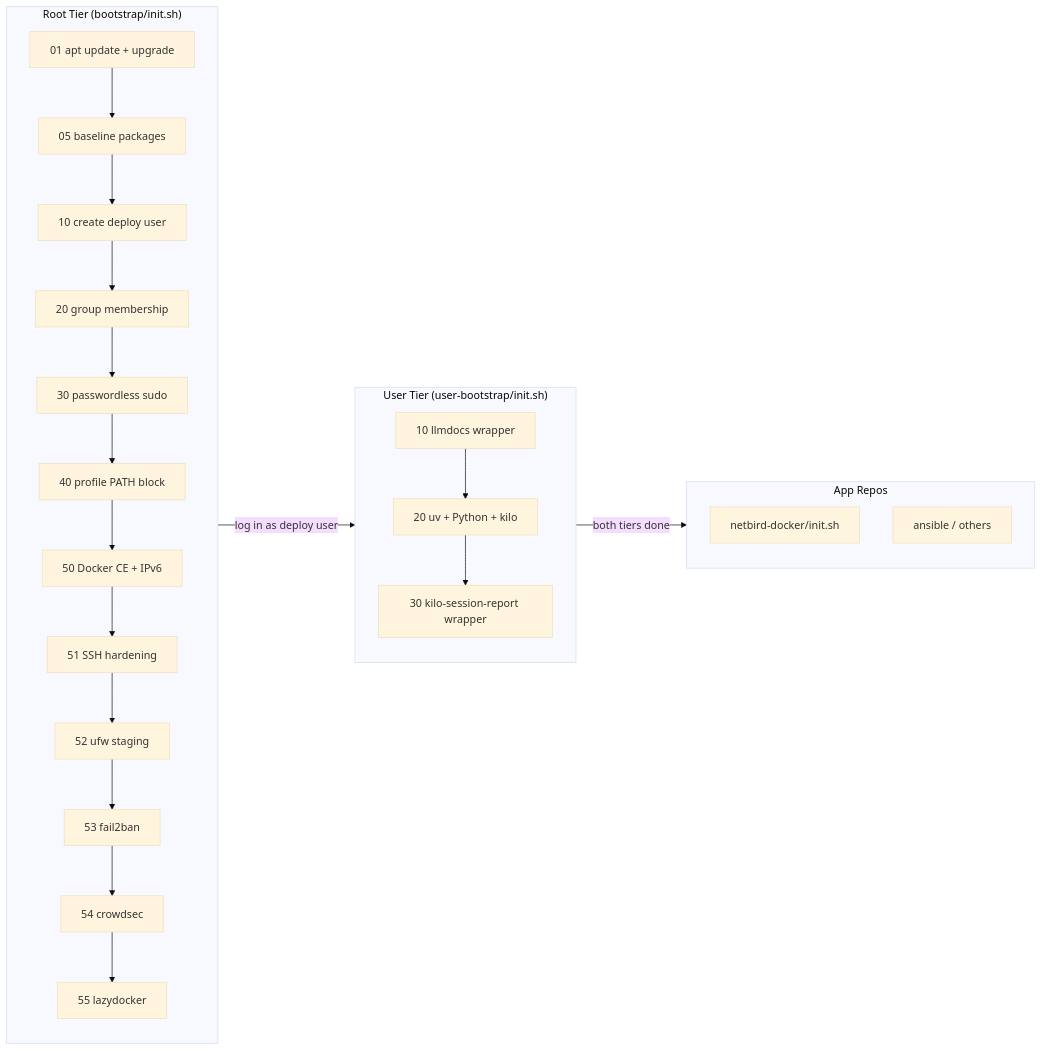
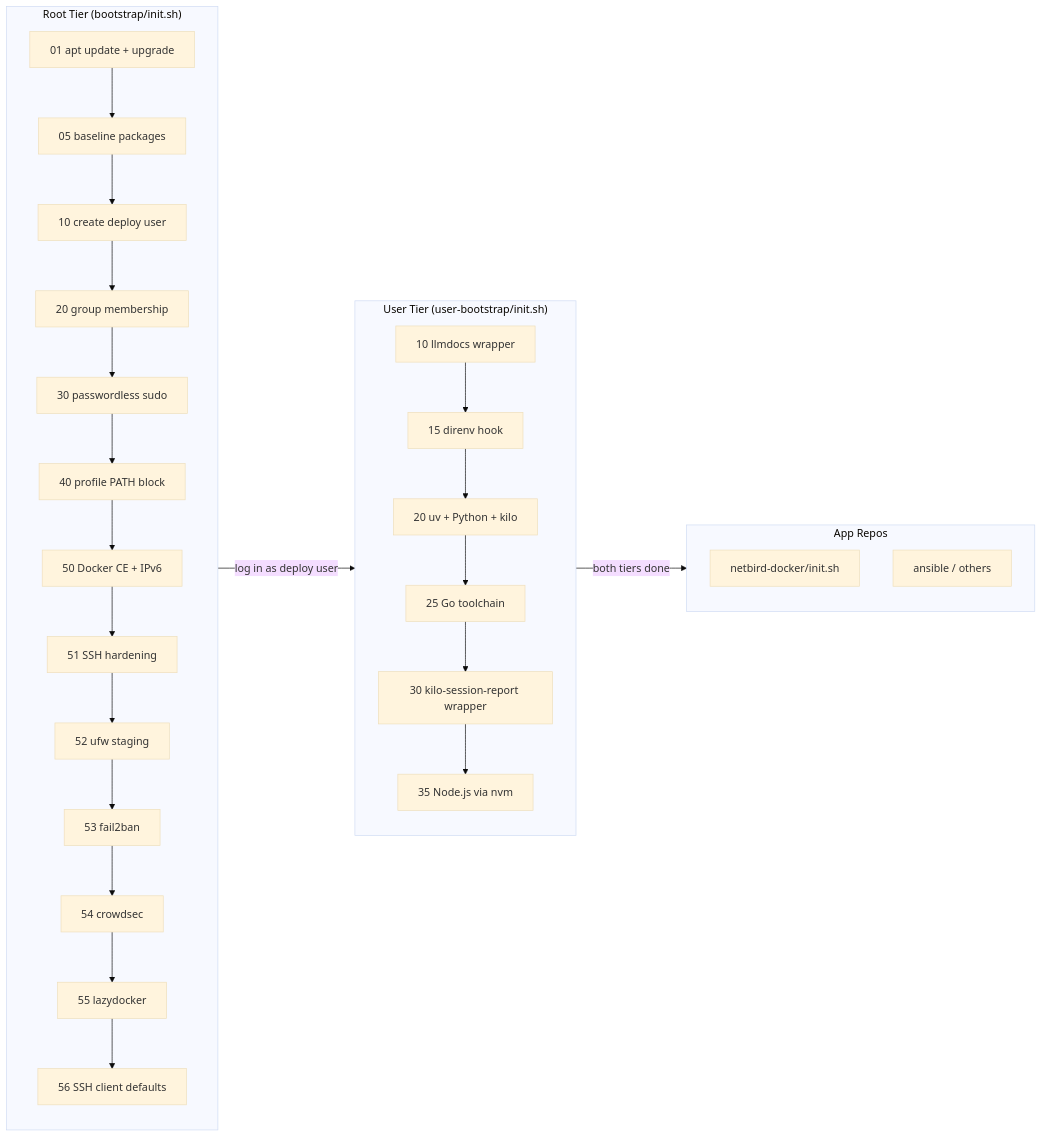
Before and after one commit to broadminde-org/bootstrap: the second of 3 diagrams in codemap.md, drawn with Mermaid (base theme). The commit also changed other lines of this file and 80 other files, not shown here.

````diff
--- a/codemap.md
+++ b/codemap.md
@@ -54,36 +58,40 @@
 ```mermaid
 flowchart LR
     subgraph Root["Root Tier (bootstrap/init.sh)"]
         direction TB
         R1["01 apt update + upgrade"]
         R2["05 baseline packages"]
         R3["10 create deploy user"]
         R4["20 group membership"]
         R5["30 passwordless sudo"]
         R6["40 profile PATH block"]
         R7["50 Docker CE + IPv6"]
         R8["51 SSH hardening"]
         R9["52 ufw staging"]
         R10["53 fail2ban"]
         R11["54 crowdsec"]
         R12["55 lazydocker"]
-        R1 --> R2 --> R3 --> R4 --> R5 --> R6 --> R7 --> R8 --> R9 --> R10 --> R11 --> R12
+        R13["56 SSH client defaults"]
+        R1 --> R2 --> R3 --> R4 --> R5 --> R6 --> R7 --> R8 --> R9 --> R10 --> R11 --> R12 --> R13
     end
 
     subgraph User["User Tier (user-bootstrap/init.sh)"]
         direction TB
         U1["10 llmdocs wrapper"]
-        U2["20 uv + Python + kilo"]
-        U3["30 kilo-session-report wrapper"]
-        U1 --> U2 --> U3
+        U2["15 direnv hook"]
+        U3["20 uv + Python + kilo"]
+        U4["25 Go toolchain"]
+        U5["30 kilo-session-report wrapper"]
+        U6["35 Node.js via nvm"]
+        U1 --> U2 --> U3 --> U4 --> U5 --> U6
     end
 
     subgraph Apps["App Repos"]
         direction TB
         A1["netbird-docker/init.sh"]
         A2["ansible / others"]
     end
 
     Root -->|"log in as deploy user"| User
     User -->|"both tiers done"| Apps
 ```
````
